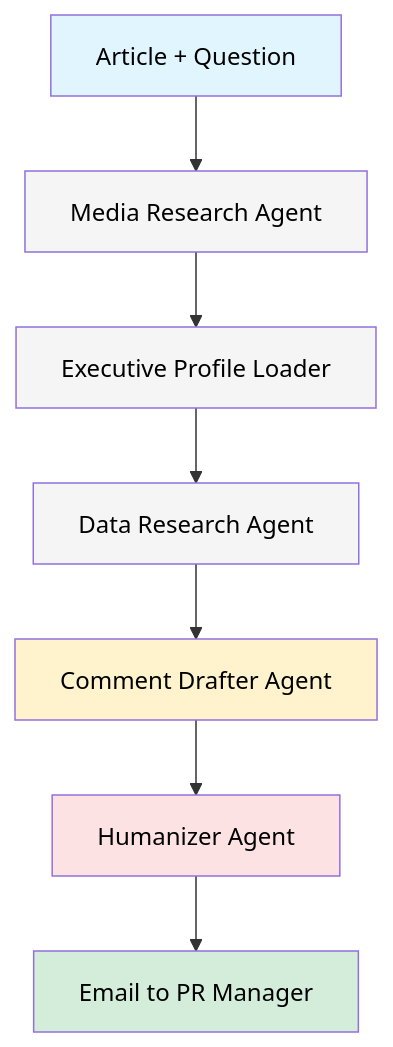
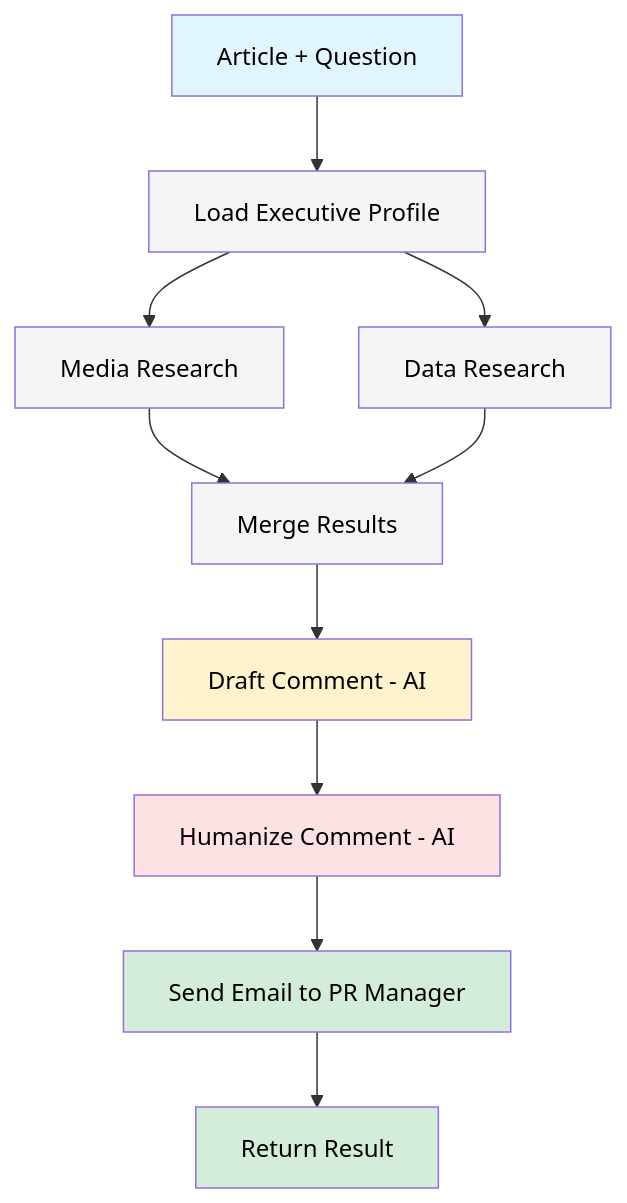
One commit to cybernexcorps/pr-agent-system changed the diagram in README.md. Above: the diagram before and after it, drawn with Mermaid. The commit also changed other lines of this file and 46 other files, not shown here.

````diff
--- a/README.md
+++ b/README.md
@@ -46,17 +28,22 @@
 ```mermaid
 graph TD
-    A[Article + Question] --> B[Media Research Agent]
-    B --> C[Executive Profile Loader]
-    C --> D[Data Research Agent]
-    D --> E[Comment Drafter Agent]
-    E --> F[Humanizer Agent]
-    F --> G[Email to PR Manager]
+    A[Article + Question] --> B[Load Executive Profile]
+    B --> C[Media Research]
+    B --> D[Data Research]
+    C --> E[Merge Results]
+    D --> E
+    E --> F[Draft Comment - AI]
+    F --> G[Humanize Comment - AI]
+    G --> H[Send Email to PR Manager]
+    H --> I[Return Result]
 
     style A fill:#e1f5ff,color:#000
     style B fill:#f5f5f5,color:#000
     style C fill:#f5f5f5,color:#000
     style D fill:#f5f5f5,color:#000
-    style E fill:#fff3cd,color:#000
-    style F fill:#fde2e4,color:#000
-    style G fill:#d4edda,color:#000
+    style E fill:#f5f5f5,color:#000
+    style F fill:#fff3cd,color:#000
+    style G fill:#fde2e4,color:#000
+    style H fill:#d4edda,color:#000
+    style I fill:#d4edda,color:#000
 ```
````
